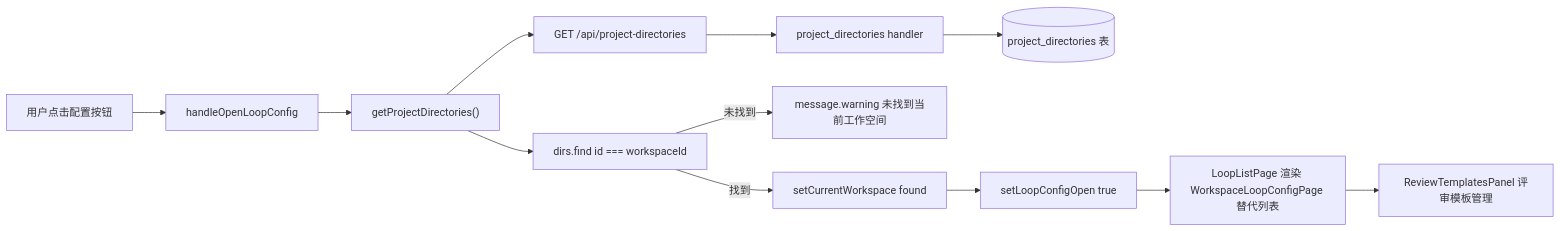
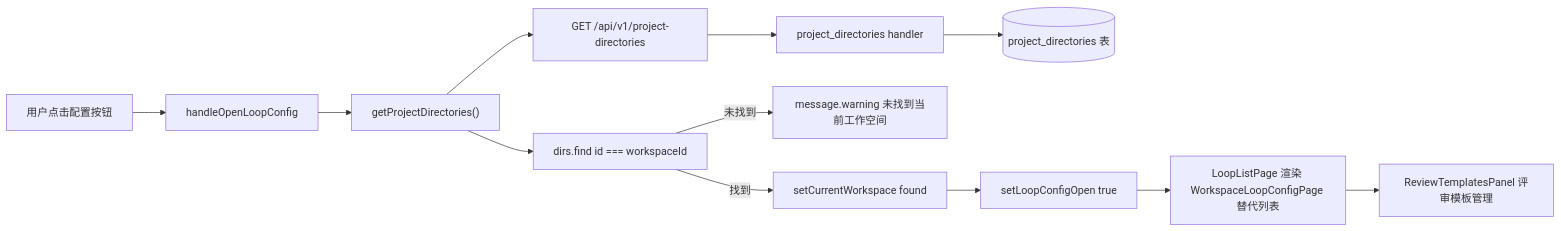
Before and after one commit to weibaohui/ntd: the first of 4 diagrams in frontend/src/help/pages/loop-list-open-config.md, drawn with Mermaid. The commit also changed other lines of this file and 14 other files, not shown here.

````diff
--- a/frontend/src/help/pages/loop-list-open-config.md
+++ b/frontend/src/help/pages/loop-list-open-config.md
@@ -9,14 +9,14 @@
 ```mermaid
 flowchart LR
   U[用户点击配置按钮] --> OC["handleOpenLoopConfig"]
   OC --> GD["getProjectDirectories()"]
-  GD --> API["GET /api/project-directories"]
+  GD --> API["GET /api/v1/project-directories"]
   API --> H1[project_directories handler]
   H1 --> DB[(project_directories 表)]
   GD --> FIND["dirs.find id === workspaceId"]
   FIND -->|"未找到"| WARN["message.warning 未找到当前工作空间"]
   FIND -->|"找到"| SC["setCurrentWorkspace found"]
   SC --> SO["setLoopConfigOpen true"]
   SO --> LLP["LoopListPage 渲染 WorkspaceLoopConfigPage 替代列表"]
   LLP --> RT[ReviewTemplatesPanel 评审模板管理]
 ```
````
